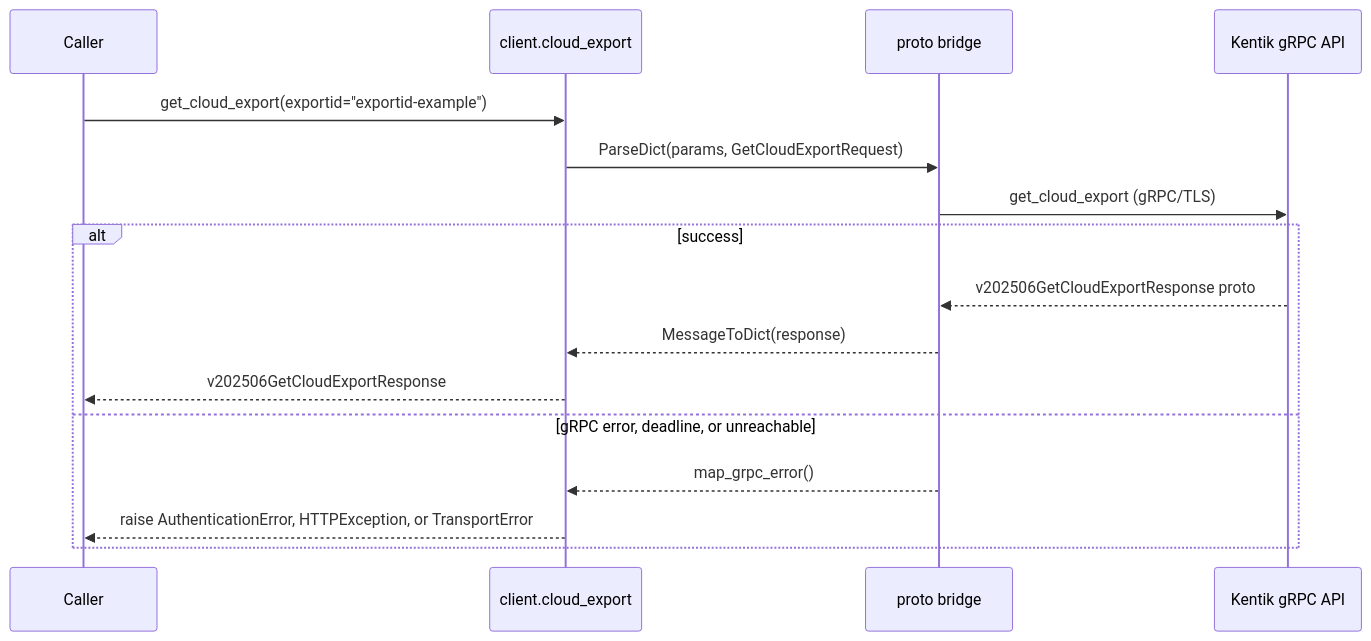
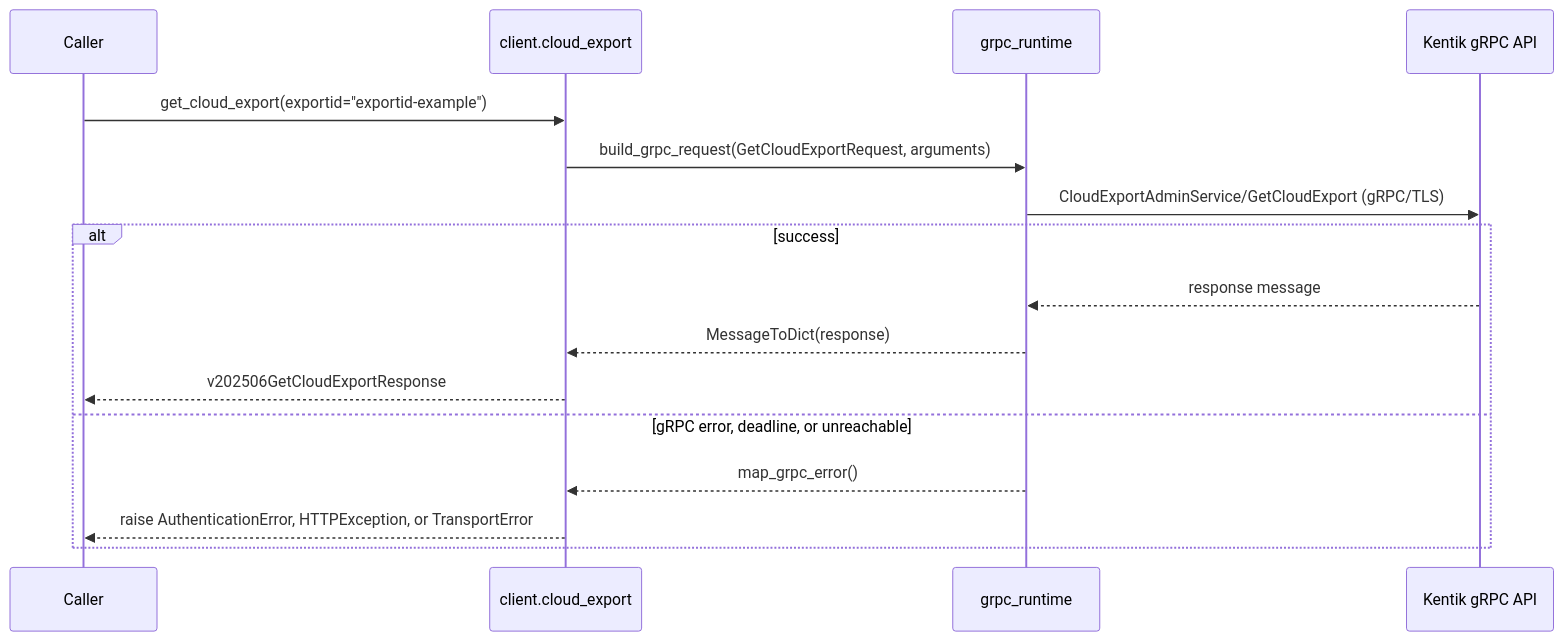
One commit to alexdearaujo/community_sdk_python changed the seventh of 12 diagrams in docs/sphinx/services/cloud_export.md. Above: the diagram before and after it, drawn with Mermaid. The commit also changed other lines of this file and 37 other files, not shown here.

First line of the commit message:
docs: show the real RPC in each service page's gRPC diagram

````diff
--- a/docs/sphinx/services/cloud_export.md
+++ b/docs/sphinx/services/cloud_export.md
@@ -203,19 +203,19 @@
 ```mermaid
 sequenceDiagram
     participant C as Caller
     participant W as client.cloud_export
-    participant B as proto bridge
+    participant R as grpc_runtime
     participant API as Kentik gRPC API
 
     C->>W: get_cloud_export(exportid="exportid-example")
-    W->>B: ParseDict(params, GetCloudExportRequest)
-    B->>API: get_cloud_export (gRPC/TLS)
+    W->>R: build_grpc_request(GetCloudExportRequest, arguments)
+    R->>API: CloudExportAdminService/GetCloudExport (gRPC/TLS)
     alt success
-        API-->>B: v202506GetCloudExportResponse proto
-        B-->>W: MessageToDict(response)
+        API-->>R: response message
+        R-->>W: MessageToDict(response)
         W-->>C: v202506GetCloudExportResponse
     else gRPC error, deadline, or unreachable
-        B-->>W: map_grpc_error()
+        R-->>W: map_grpc_error()
         W-->>C: raise AuthenticationError, HTTPException, or TransportError
     end
 ```
````
